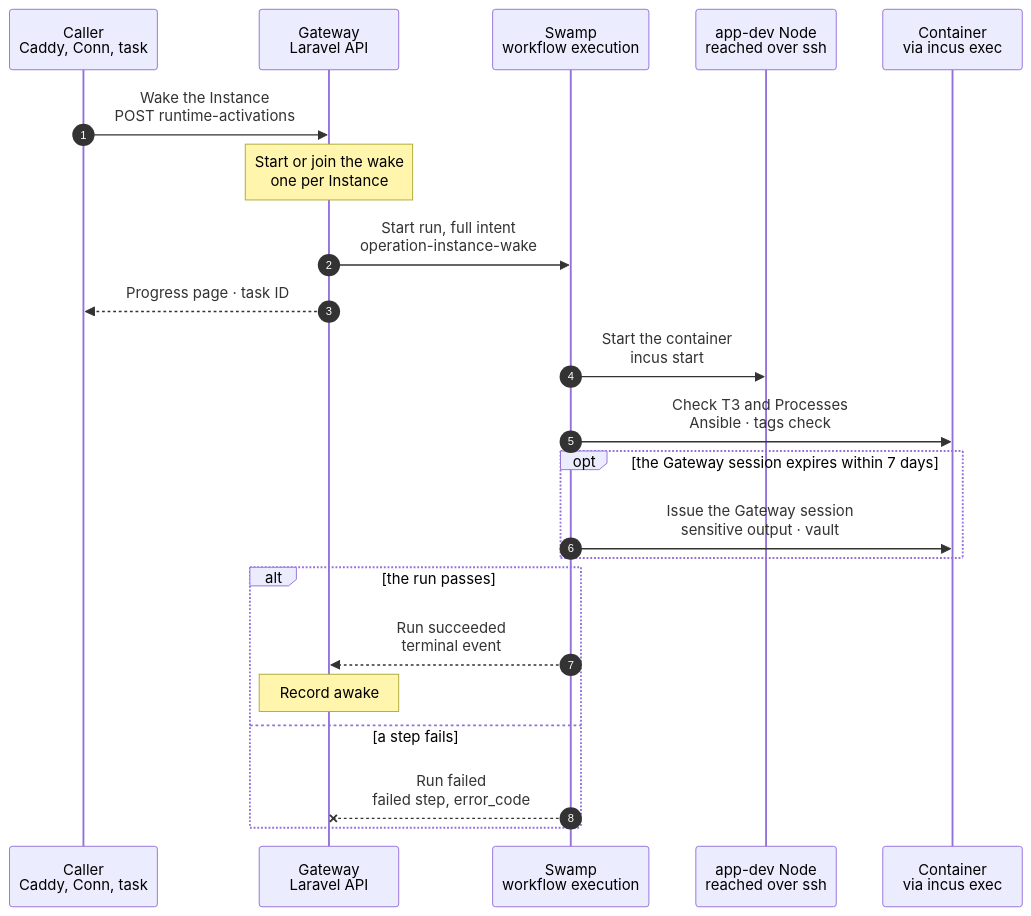
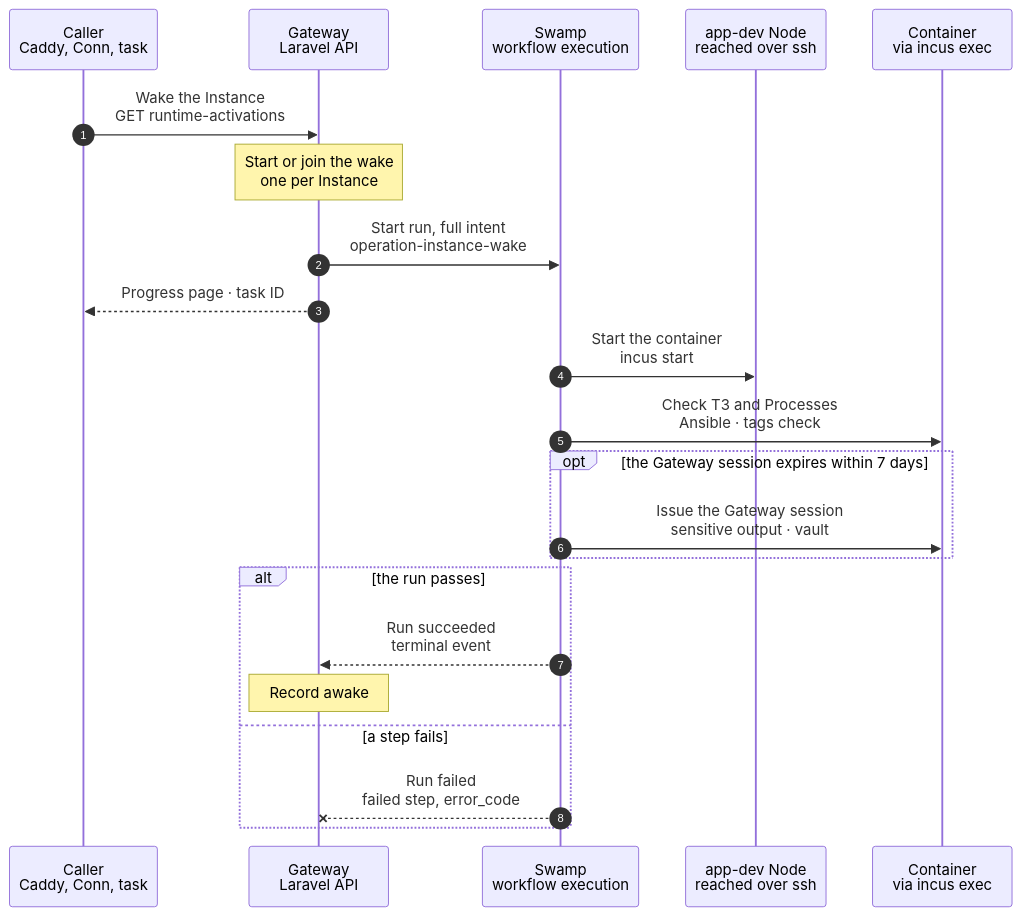
One commit to hardimpactdev/orbit changed the diagram in docs/cli/instance/container/wake.mmd. Above: the diagram before and after it, drawn with Mermaid. The commit also changed 12 other files, not shown here.

```diff
--- a/docs/cli/instance/container/wake.mmd
+++ b/docs/cli/instance/container/wake.mmd
@@ -1,51 +1,51 @@
 sequenceDiagram
   %% Target design, container runtime (ADR 0250 step 6, docs/reference/development-containers.md#sleep-and-wake): a request to the Route, a Conn device or a task turn wakes a stopped container. The runtime activation endpoint of docs/reference/app-dev-runtime-hibernation.md#wake starts the run.
   %% status: draft
   %% command: none · runtime activation
   %% kind: instance.wake
   autonumber
   %% lane CL icon=terminal pill=caller tone=gray
   %% lane GW icon=gateway pill=intent tone=blue
   %% lane SW icon=workflow pill=executes tone=green
   %% lane N icon=server pill=target tone=amber
   %% lane C icon=server pill=target tone=purple
   participant CL as Caller<br/>Caddy, Conn, task
   participant GW as Gateway<br/>Laravel API
   participant SW as Swamp<br/>workflow execution
   participant N as app-dev Node<br/>reached over ssh
   participant C as Container<br/>via incus exec
-  CL->>GW: Wake the Instance<br/>POST runtime-activations
+  CL->>GW: Wake the Instance<br/>GET runtime-activations
   %%> Callers:
   %%> - Caddy on the Instance's Node, when a request finds no awake marker
   %%> - a Conn device, when it opens the T3 server of a sleeping Instance
   %%> - the task flow, before a turn on an attached Instance
   %%> Requirements:
   %%> - the caller is the Instance's Node or has node access to it
   Note over GW: Start or join the wake<br/>one per Instance
   %%> Result:
   %%> - a second caller joins the running wake; Caddy gets the progress page, Conn and the task flow the task ID
   GW->>SW: Start run, full intent<br/>operation-instance-wake
   GW-->>CL: Progress page · task ID
   SW->>N: Start the container<br/>incus start
   %%> What it does:
   %%> - nftables, T3, the app and the desired-running Processes start with the container
   SW->>C: Check T3 and Processes<br/>Ansible · tags check
   %%> What it does:
   %%> - waits up to 30 s for T3's environment endpoint and the Processes' units, else `instance.t3_unready`
   %%> - writes the awake marker
   opt the Gateway session expires within 7 days
     SW->>C: Issue the Gateway session<br/>sensitive output · vault
     %%> What it does:
     %%> - see container/t3-register.mmd
   end
   alt the run passes
     SW-->>GW: Run succeeded<br/>terminal event
     Note over GW: Record awake
     %%> Result:
     %%> - the runtime is `running`; the Conn layer shows the T3 server awake, and renews its session when a new one came
     %%> - the progress page loads the original path; Conn connects; the task sends its turn
   else a step fails
     SW--xGW: Run failed<br/>failed step, error_code
     %%> Result:
     %%> - the progress page shows the failure; the next request starts a new wake
   end
```
